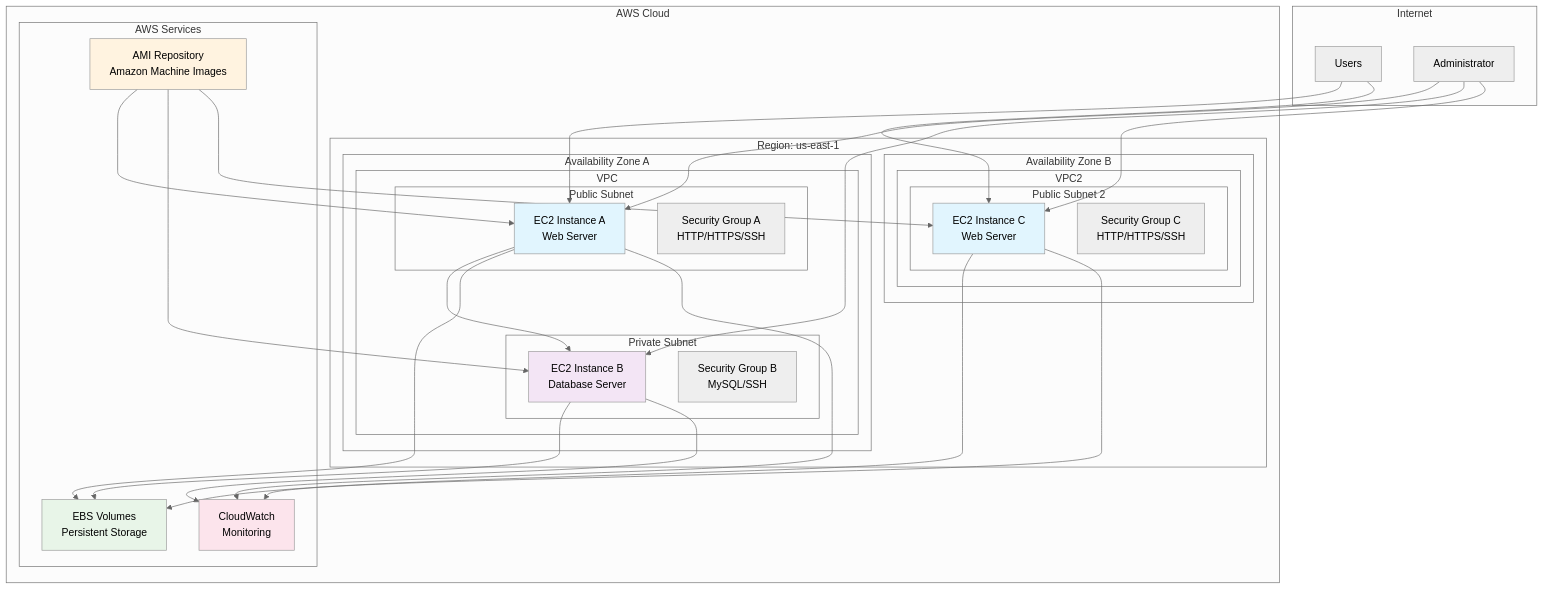
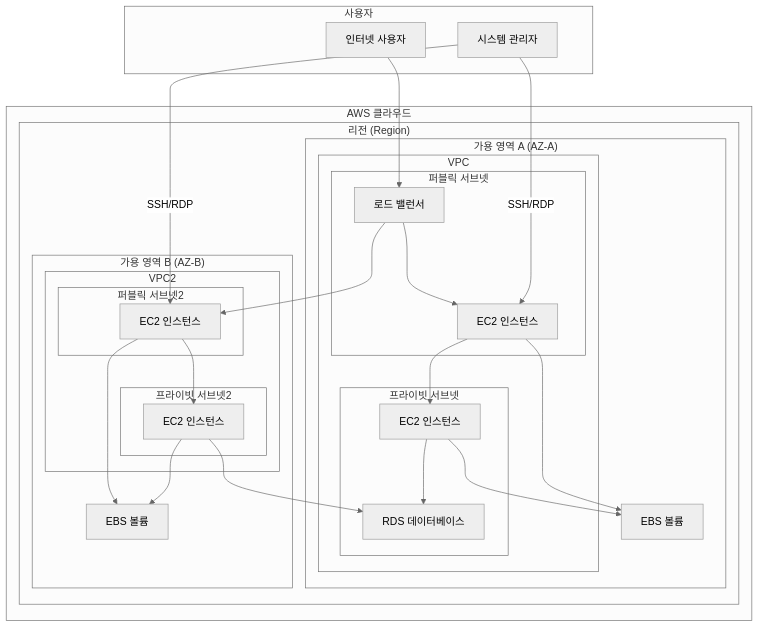
Before and after one commit to niceguy61/lecture_maker: the first of 10 diagrams in aws-saa-study-materials/week1/day3/visuals/ec2-architecture.md, drawn with Mermaid (neutral theme). The commit also changed other lines of this file and 58 other files, not shown here.

````diff
--- a/aws-saa-study-materials/week1/day3/visuals/ec2-architecture.md
+++ b/aws-saa-study-materials/week1/day3/visuals/ec2-architecture.md
@@ -5,65 +7,53 @@
 ```mermaid
 graph TB
-    subgraph "AWS Cloud"
-        subgraph "Region: us-east-1"
-            subgraph "Availability Zone A"
+    subgraph "AWS 클라우드"
+        subgraph "리전 (Region)"
+            subgraph "가용 영역 A (AZ-A)"
                 subgraph "VPC"
-                    subgraph "Public Subnet"
-                        EC2A[EC2 Instance A<br/>Web Server]
-                        SGA[Security Group A<br/>HTTP/HTTPS/SSH]
+                    subgraph "퍼블릭 서브넷"
+                        EC2A[EC2 인스턴스]
+                        ELB[로드 밸런서]
                     end
-                    subgraph "Private Subnet"
-                        EC2B[EC2 Instance B<br/>Database Server]
-                        SGB[Security Group B<br/>MySQL/SSH]
+                    subgraph "프라이빗 서브넷"
+                        EC2B[EC2 인스턴스]
+                        RDS[RDS 데이터베이스]
                     end
                 end
+                EBS1[EBS 볼륨]
             end
             
-            subgraph "Availability Zone B"
+            subgraph "가용 영역 B (AZ-B)"
                 subgraph "VPC2"
-                    subgraph "Public Subnet 2"
-                        EC2C[EC2 Instance C<br/>Web Server]
-                        SGC[Security Group C<br/>HTTP/HTTPS/SSH]
+                    subgraph "퍼블릭 서브넷2"
+                        EC2C[EC2 인스턴스]
+                    end
+                    subgraph "프라이빗 서브넷2"
+                        EC2D[EC2 인스턴스]
                     end
                 end
+                EBS2[EBS 볼륨]
             end
-        end
-        
-        subgraph "AWS Services"
-            AMI[AMI Repository<br/>Amazon Machine Images]
-            EBS[EBS Volumes<br/>Persistent Storage]
-            CW[CloudWatch<br/>Monitoring]
         end
     end
     
-    subgraph "Internet"
-        USER[Users]
-        ADMIN[Administrator]
+    subgraph "사용자"
+        USER[인터넷 사용자]
+        ADMIN[시스템 관리자]
     end
     
-    USER --> EC2A
-    USER --> EC2C
-    ADMIN --> EC2A
-    ADMIN --> EC2B
-    ADMIN --> EC2C
+    USER --> ELB
+    ELB --> EC2A
+    ELB --> EC2C
+    EC2A --> EC2B
+    EC2C --> EC2D
+    EC2B --> RDS
+    EC2D --> RDS
     
-    EC2A --> EC2B
-    EC2A --> EBS
-    EC2B --> EBS
-    EC2C --> EBS
+    ADMIN --> |SSH/RDP| EC2A
+    ADMIN --> |SSH/RDP| EC2C
     
-    AMI --> EC2A
-    AMI --> EC2B
-    AMI --> EC2C
-    
-    EC2A --> CW
-    EC2B --> CW
-    EC2C --> CW
-    
-    style EC2A fill:#e1f5fe
-    style EC2B fill:#f3e5f5
-    style EC2C fill:#e1f5fe
-    style AMI fill:#fff3e0
-    style EBS fill:#e8f5e8
-    style CW fill:#fce4ec
+    EC2A --> EBS1
+    EC2B --> EBS1
+    EC2C --> EBS2
+    EC2D --> EBS2
 ```
````
